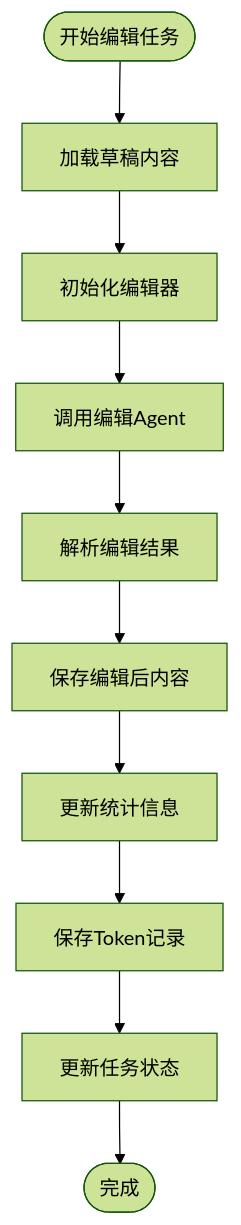
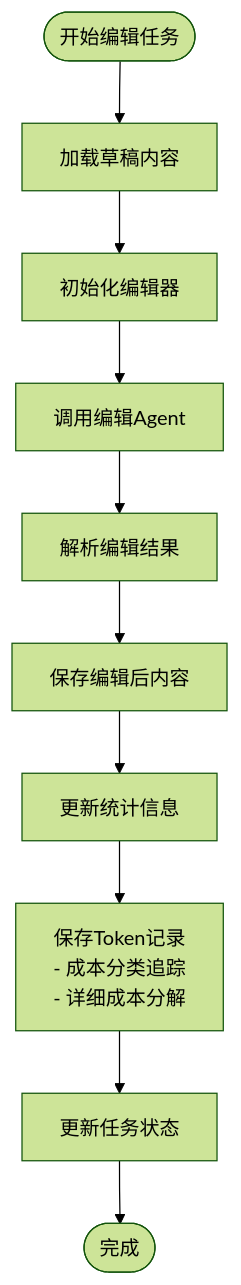
One commit to xfbyxq/ai-novel-system changed the eighth of 22 diagrams in .qoder/repowiki/zh/content/Generation Service.md. Above: the diagram before and after it, drawn with Mermaid (forest theme). The commit also changed other lines of this file and 1 other file, not shown here.

````diff
--- a/.qoder/repowiki/zh/content/Generation Service.md
+++ b/.qoder/repowiki/zh/content/Generation Service.md
@@ -449,12 +550,12 @@
 ```mermaid
 flowchart TD
 Start([开始编辑任务]) --> LoadDraft["加载草稿内容"]
 LoadDraft --> InitEditor["初始化编辑器"]
 InitEditor --> CallEditor["调用编辑Agent"]
 CallEditor --> ParseResult["解析编辑结果"]
 ParseResult --> SaveEdited["保存编辑后内容"]
 SaveEdited --> UpdateStats["更新统计信息"]
-UpdateStats --> SaveTokens["保存Token记录"]
+UpdateStats --> SaveTokens["保存Token记录<br/>- 成本分类追踪<br/>- 详细成本分解"]
 SaveTokens --> UpdateTask["更新任务状态"]
 UpdateTask --> End([完成])
 ```
````
